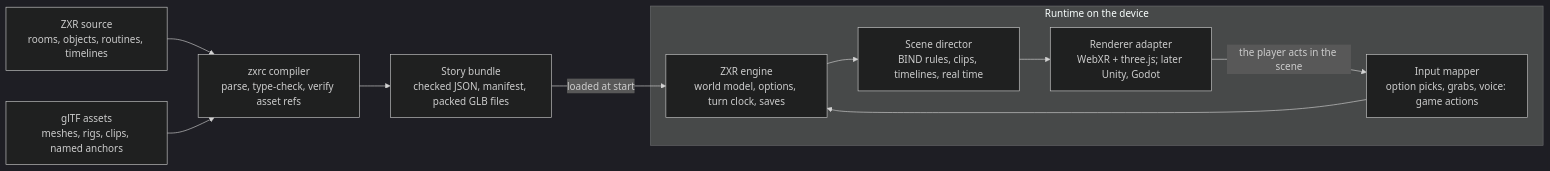
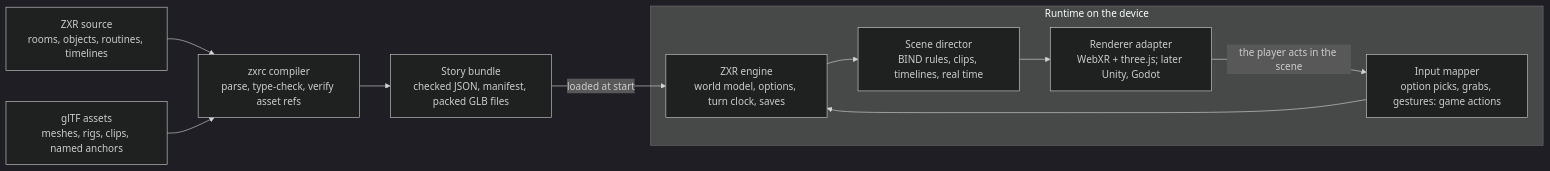
Before and after one commit to kariato/zxr: the second of 3 diagrams in docs/design.md, drawn with Mermaid (dark theme). The commit also changed other lines of this file and 91 other files, not shown here.

````diff
--- a/docs/design.md
+++ b/docs/design.md
@@ -338,13 +340,13 @@
 ```mermaid
 flowchart LR
   SRC["ZXR source<br/>rooms, objects, routines, timelines"] --> C["zxrc compiler<br/>parse, type-check, verify asset refs"]
   GLTF["glTF assets<br/>meshes, rigs, clips, named anchors"] --> C
   C --> B["Story bundle<br/>checked JSON, manifest, packed GLB files"]
   subgraph RT["Runtime on the device"]
-    IN["Input mapper<br/>option picks, grabs, voice: game actions"] --> VM["ZXR engine<br/>world model, options, turn clock, saves"]
+    IN["Input mapper<br/>option picks, grabs, gestures: game actions"] --> VM["ZXR engine<br/>world model, options, turn clock, saves"]
     VM --> SD["Scene director<br/>BIND rules, clips, timelines, real time"]
     SD --> R["Renderer adapter<br/>WebXR + three.js; later Unity, Godot"]
     R -- the player acts in the scene --> IN
   end
   B -- loaded at start --> VM
 ```
````
